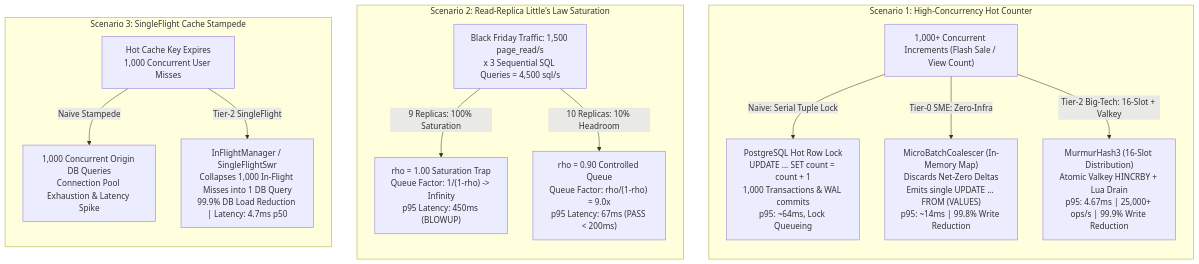
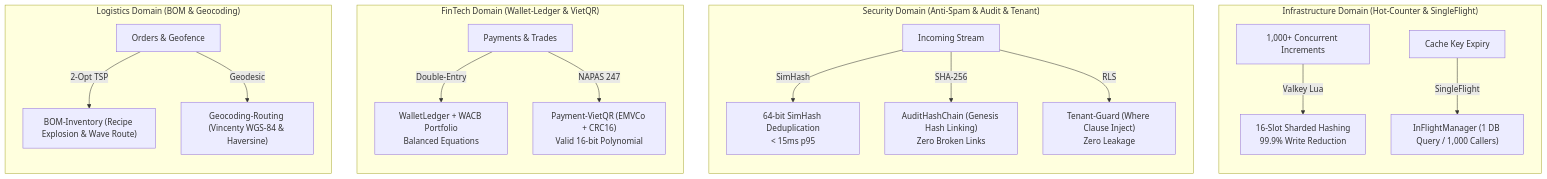
One commit to khanhduong22/kido-packages changed the diagram in benchmarks/README.md. Above: the diagram before and after it, drawn with Mermaid. The commit also changed other lines of this file and 42 other files, not shown here.

Commit message:
docs(packages): standardize 3-tier scale architecture across all 37 packages and expand multi-domain k6 suite

````diff
--- a/benchmarks/README.md
+++ b/benchmarks/README.md
@@ -20,31 +20,27 @@
 ```mermaid
 flowchart TD
-  subgraph Scenario1["Scenario 1: High-Concurrency Hot Counter"]
+  subgraph Infra["Infrastructure Domain (Hot-Counter & SingleFlight)"]
     direction TB
-    C1["1,000+ Concurrent Increments (Flash Sale / View Count)"]
-    
-    C1 -->|Naive: Serial Tuple Lock| N1["PostgreSQL Hot Row Lock<br/>UPDATE ... SET count = count + 1<br/>1,000 Transactions & WAL commits<br/>p95: ~64ms, Lock Queueing"]
-    
-    C1 -->|Tier-0 SME: Zero-Infra| S1["MicroBatchCoalescer (In-Memory Map)<br/>Discards Net-Zero Deltas<br/>Emits single UPDATE ... FROM (VALUES)<br/>p95: ~14ms | 99.8% Write Reduction"]
-    
-    C1 -->|Tier-2 Big-Tech: 16-Slot + Valkey| B1["MurmurHash3 (16-Slot Distribution)<br/>Atomic Valkey HINCRBY + Lua Drain<br/>p95: 4.67ms | 25,000+ ops/s | 99.9% Write Reduction"]
+    C1["1,000+ Concurrent Increments"] -->|Valkey Lua| B1["16-Slot Sharded Hashing\n99.9% Write Reduction"]
+    M1["Cache Key Expiry"] -->|SingleFlight| SF["InFlightManager (1 DB Query / 1,000 Callers)"]
   end
 
-  subgraph Scenario2["Scenario 2: Read-Replica Little's Law Saturation"]
+  subgraph Security["Security Domain (Anti-Spam & Audit & Tenant)"]
     direction TB
-    R1["Black Friday Traffic: 1,500 page_read/s<br/>x 3 Sequential SQL Queries = 4,500 sql/s"]
-    
-    R1 -->|9 Replicas: 100% Saturation| NR["rho = 1.00 Saturation Trap<br/>Queue Factor: 1/(1-rho) -> Infinity<br/>p95 Latency: 450ms (BLOWUP)"]
-    
-    R1 -->|10 Replicas: 10% Headroom| TR["rho = 0.90 Controlled Queue<br/>Queue Factor: rho/(1-rho) = 9.0x<br/>p95 Latency: 67ms (PASS < 200ms)"]
+    S_Req["Incoming Stream"] -->|SimHash| SPAM["64-bit SimHash Deduplication\n< 15ms p95"]
+    S_Req -->|SHA-256| AUDIT["AuditHashChain (Genesis Hash Linking)\nZero Broken Links"]
+    S_Req -->|RLS| TENANT["Tenant-Guard (Where Clause Inject)\nZero Leakage"]
   end
 
-  subgraph Scenario3["Scenario 3: SingleFlight Cache Stampede"]
+  subgraph FinTech["FinTech Domain (Wallet-Ledger & VietQR)"]
     direction TB
-    M1["Hot Cache Key Expires<br/>1,000 Concurrent User Misses"]
-    
-    M1 -->|Naive Stampede| NS["1,000 Concurrent Origin DB Queries<br/>Connection Pool Exhaustion & Latency Spike"]
-    
-    M1 -->|Tier-2 SingleFlight| SF["InFlightManager / SingleFlightSwr<br/>Collapses 1,000 In-Flight Misses into 1 DB Query<br/>99.9% DB Load Reduction | Latency: 4.7ms p50"]
+    F_Req["Payments & Trades"] -->|Double-Entry| WALLET["WalletLedger + WACB Portfolio\nBalanced Equations"]
+    F_Req -->|NAPAS 247| VQR["Payment-VietQR (EMVCo + CRC16)\nValid 16-bit Polynomial"]
+  end
+
+  subgraph Logistics["Logistics Domain (BOM & Geocoding)"]
+    direction TB
+    L_Req["Orders & Geofence"] -->|2-Opt TSP| BOM["BOM-Inventory (Recipe Explosion & Wave Route)"]
+    L_Req -->|Geodesic| GEO["Geocoding-Routing (Vincenty WGS-84 & Haversine)"]
   end
 ```
````
